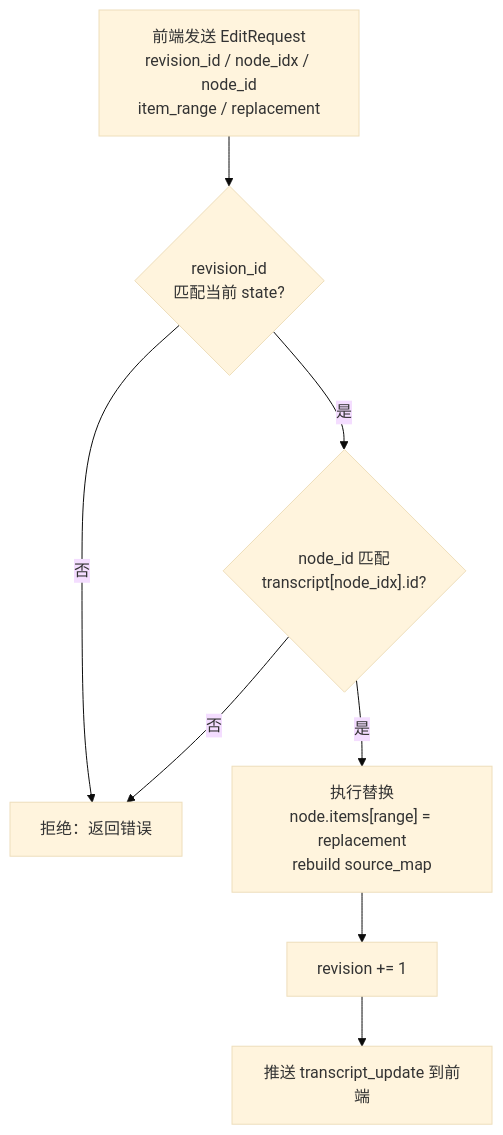
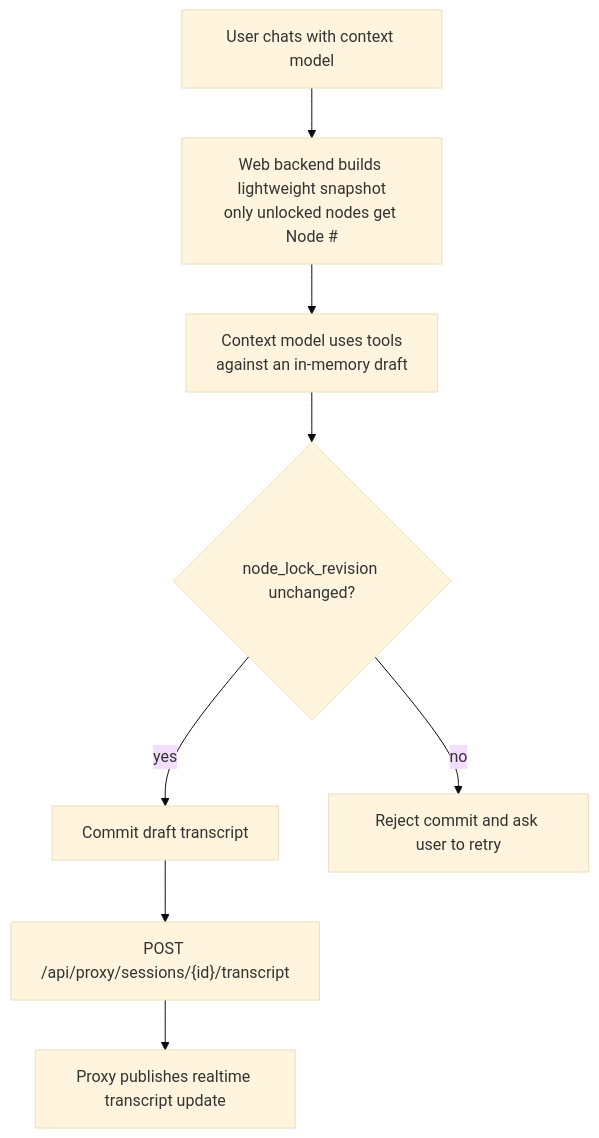
Before and after one commit to HaShiShark/codex-context-studio: the seventh of 7 diagrams in docs/architecture.md, drawn with Mermaid (base theme). The commit also changed other lines of this file and 48 other files, not shown here.

````diff
--- a/docs/architecture.md
+++ b/docs/architecture.md
@@ -163,16 +182,15 @@
 ```mermaid
 flowchart TD
-    ED["前端发送 EditRequest\nrevision_id / node_idx / node_id\nitem_range / replacement"]
-    V1{"revision_id\n匹配当前 state?"}
-    V2{"node_id 匹配\ntranscript[node_idx].id?"}
-    REJ["拒绝：返回错误"]
-    APPLY["执行替换\nnode.items[range] = replacement\nrebuild source_map"]
-    REV["revision += 1"]
-    PUSH["推送 transcript_update 到前端"]
+    UI["User chats with context model"]
+    SNAP["Web backend builds lightweight snapshot\nonly unlocked nodes get Node #"]
+    TOOL["Context model uses tools\nagainst an in-memory draft"]
+    REV{"node_lock_revision unchanged?"}
+    COMMIT["Commit draft transcript"]
+    POST["POST /api/proxy/sessions/{id}/transcript"]
+    PUB["Proxy publishes realtime transcript update"]
+    REJ["Reject commit and ask user to retry"]
 
-    ED --> V1
-    V1 -- 否 --> REJ
-    V1 -- 是 --> V2
-    V2 -- 否 --> REJ
-    V2 -- 是 --> APPLY --> REV --> PUSH
+    UI --> SNAP --> TOOL --> REV
+    REV -- "yes" --> COMMIT --> POST --> PUB
+    REV -- "no" --> REJ
 ```
````
